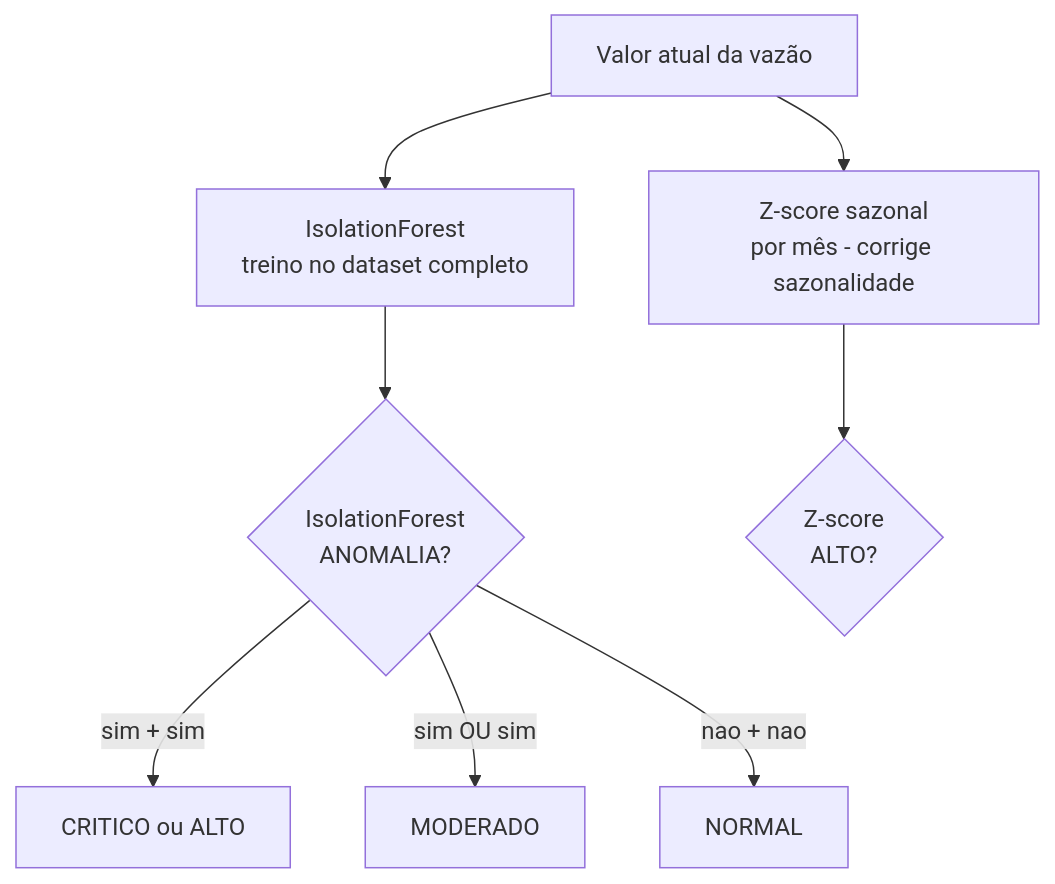
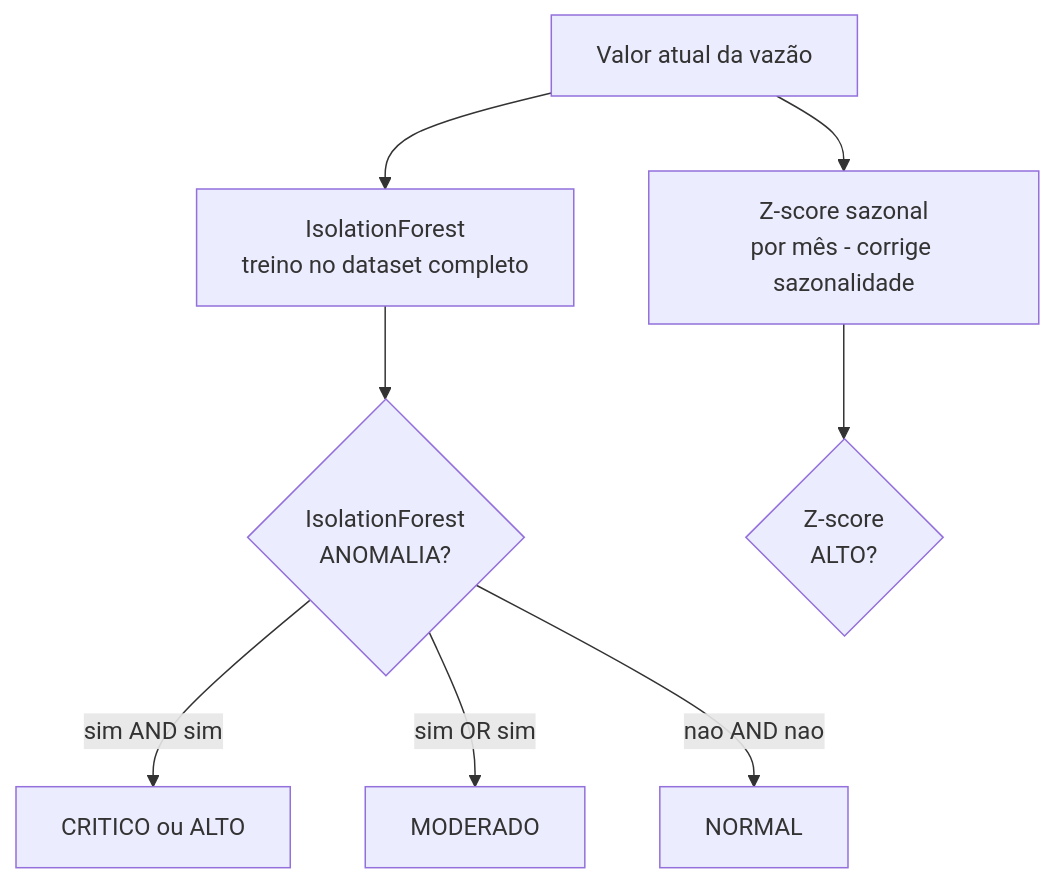
One commit to vbrenox/Sistema-Alerta-AM-ML-BotCity changed the third of 3 diagrams in README.md. Above: the diagram before and after it, drawn with Mermaid.

Commit message:
docs: README completo + correcoes diagrama + screenshoots + relatorio drift

````diff
--- a/README.md
+++ b/README.md
@@ -55,10 +55,10 @@
 ```mermaid
 flowchart TD
     A[Valor atual da vazão] --> B[IsolationForest\ntreino no dataset completo]
     A --> C[Z-score sazonal\npor mês - corrige sazonalidade]
     B --> D{IsolationForest\nANOMALIA?}
     C --> E{Z-score\nALTO?}
-    D -->|sim + sim| F[CRITICO ou ALTO]
-    D -->|sim OU sim| G[MODERADO]
-    D -->|nao + nao| H[NORMAL]
+    D -->|sim AND sim| F[CRITICO ou ALTO]
+    D -->|sim OR sim| G[MODERADO]
+    D -->|nao AND nao| H[NORMAL]
 ```
````
